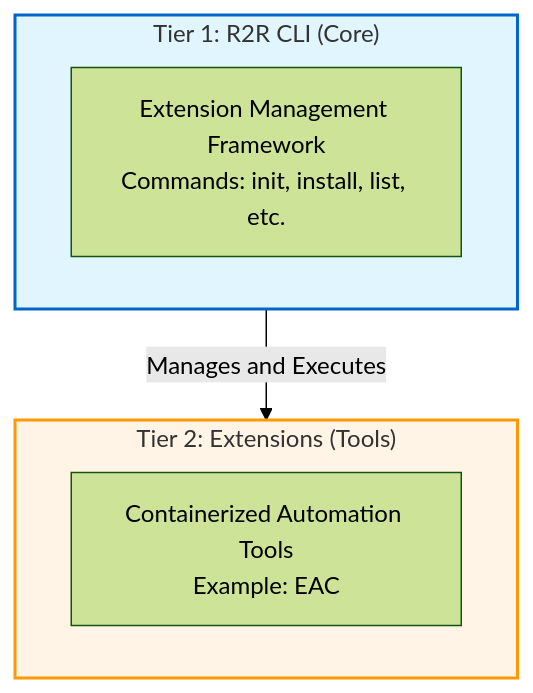
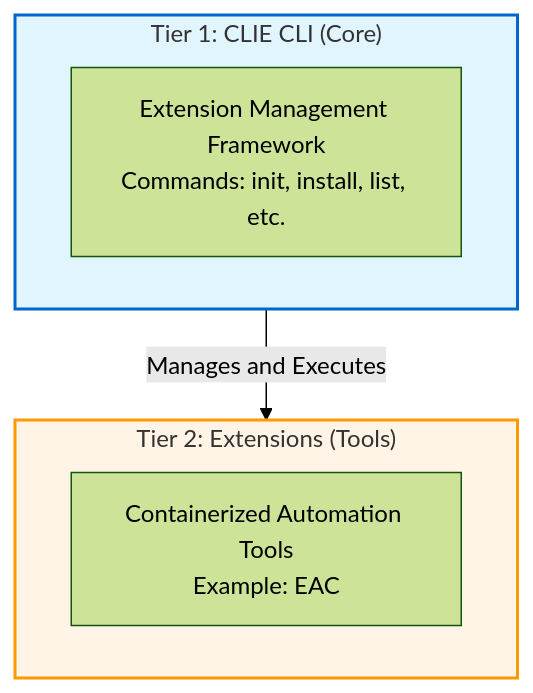
The diagram in docs/reference/devex/internal/cli-vs-extensions.md (ready-to-release/eac), drawn with Mermaid (forest theme) before and after one commit. The commit also changed other lines of this file and 1208 other files, not shown here.

First line of the commit message:
refactor(multi-module): restructure codebase with contract-driven architecture

````diff
--- a/docs/reference/devex/internal/cli-vs-extensions.md
+++ b/docs/reference/devex/internal/cli-vs-extensions.md
@@ -14,15 +14,15 @@
 ```mermaid
 graph TB
-    subgraph tier1["Tier 1: R2R CLI (Core)"]
+    subgraph tier1["Tier 1: CLIE CLI (Core)"]
         A[Extension Management Framework<br/>Commands: init, install, list, etc.]
     end
 
     subgraph tier2["Tier 2: Extensions (Tools)"]
         B[Containerized Automation Tools<br/>Example: EAC]
     end
 
     tier1 -->|Manages and Executes| tier2
 
     style tier1 fill:#e1f5ff,stroke:#0066cc,stroke-width:2px
     style tier2 fill:#fff4e6,stroke:#ff9900,stroke-width:2px
 ```
````
